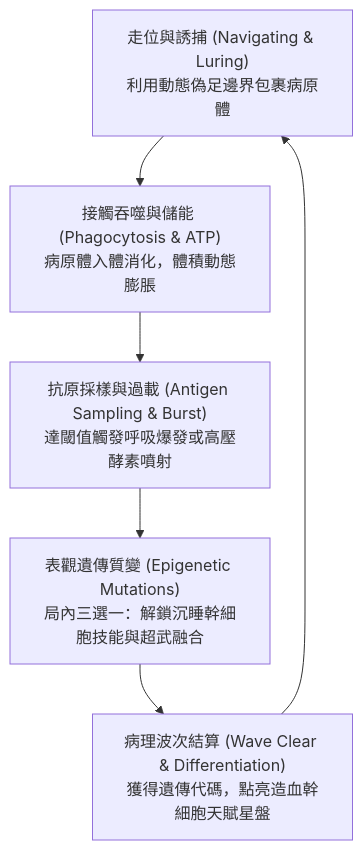
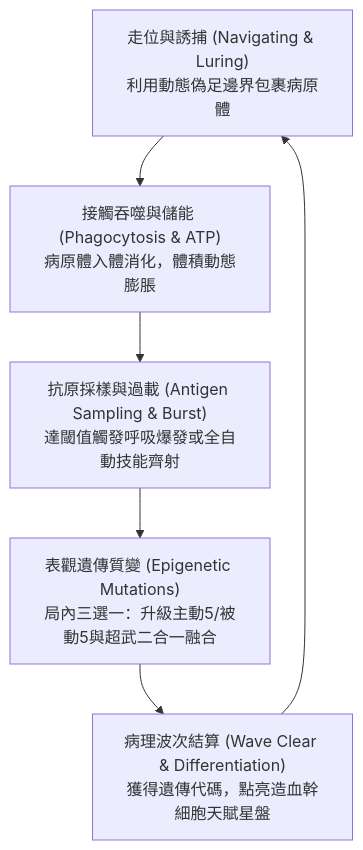
Before and after one commit to skyrocket-qy/Phagocyte: the first of 3 diagrams in SPEC.md, drawn with Mermaid. The commit also changed other lines of this file, not shown here.

````diff
--- a/SPEC.md
+++ b/SPEC.md
@@ -22,8 +24,8 @@
 ```mermaid
 graph TD
     A["走位與誘捕 (Navigating & Luring)<br>利用動態偽足邊界包裹病原體"] --> B["接觸吞噬與儲能 (Phagocytosis & ATP)<br>病原體入體消化，體積動態膨脹"]
-    B --> C["抗原採樣與過載 (Antigen Sampling & Burst)<br>達閾值觸發呼吸爆發或高壓酵素噴射"]
-    C --> D["表觀遺傳質變 (Epigenetic Mutations)<br>局內三選一：解鎖沉睡幹細胞技能與超武融合"]
+    B --> C["抗原採樣與過載 (Antigen Sampling & Burst)<br>達閾值觸發呼吸爆發或全自動技能齊射"]
+    C --> D["表觀遺傳質變 (Epigenetic Mutations)<br>局內三選一：升級主動5/被動5與超武二合一融合"]
     D --> E["病理波次結算 (Wave Clear & Differentiation)<br>獲得遺傳代碼，點亮造血幹細胞天賦星盤"]
     E --> A
 ```
````
